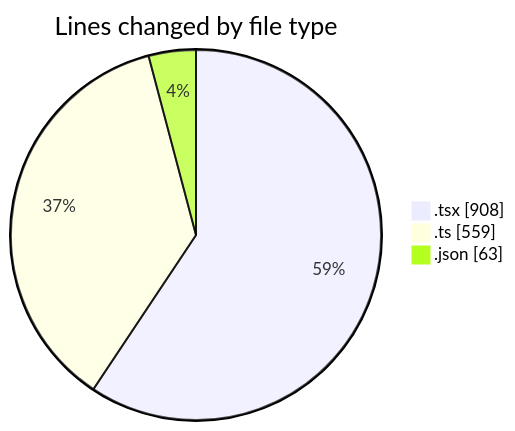
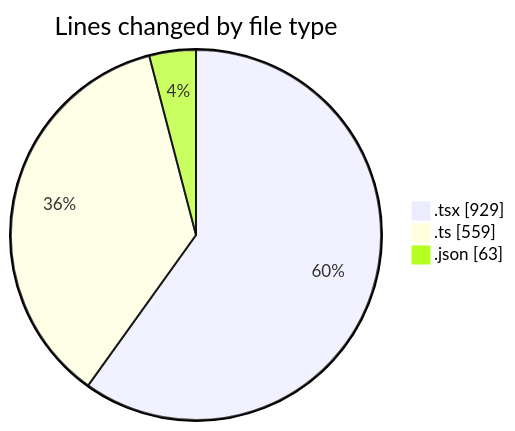
Before and after one commit to julien-gomy/code-tracking: the first of 2 diagrams in 2025-10-21/eventscop-frontend-guide__workspace_/README.md, drawn with Mermaid. The commit also changed other lines of this file and 1 other file, not shown here.

````diff
--- a/2025-10-21/eventscop-frontend-guide__workspace_/README.md
+++ b/2025-10-21/eventscop-frontend-guide__workspace_/README.md
@@ -37,7 +37,7 @@
 ```mermaid
 pie showData
 title Lines changed by file type
-".tsx" : 908
+".tsx" : 929
 ".ts" : 559
 ".json" : 63
 ```
````
